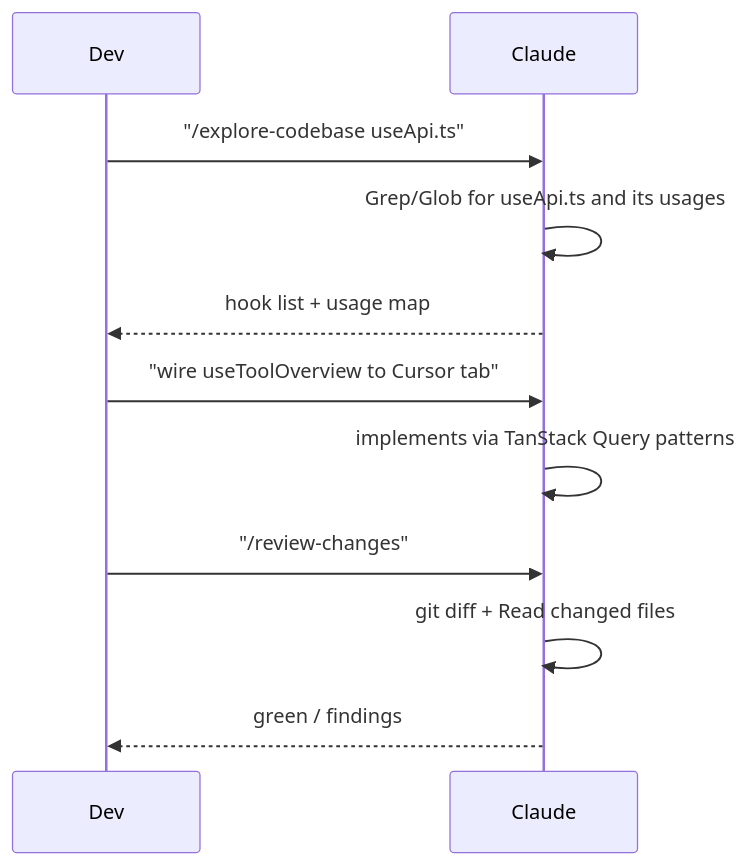
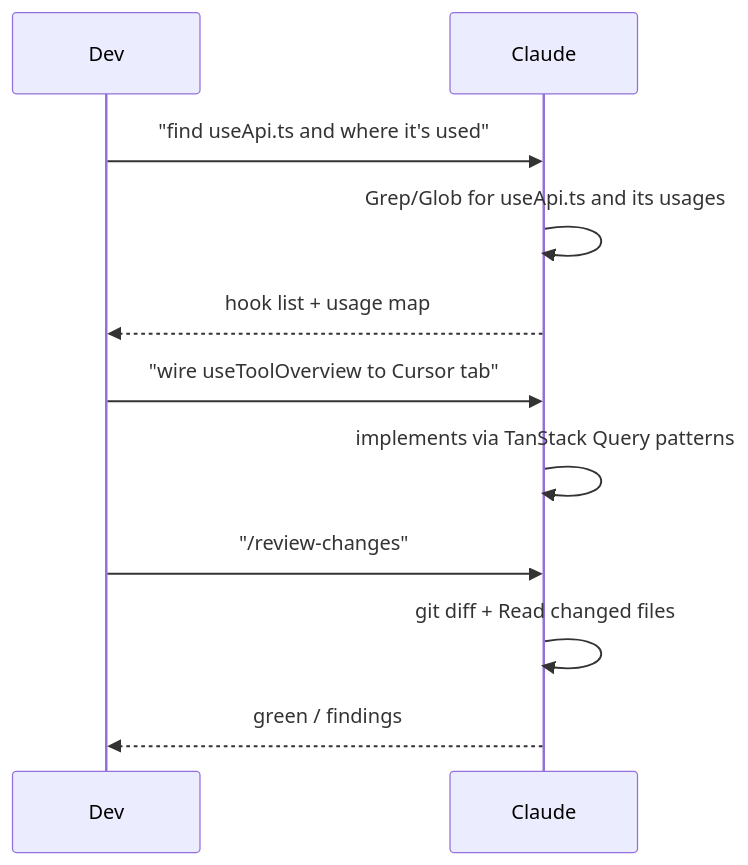
One commit to AixleHQ/insights changed the sixth of 7 diagrams in AGENTS.md. Above: the diagram before and after it, drawn with Mermaid. The commit also changed other lines of this file and 25 other files, not shown here.

````diff
--- a/AGENTS.md
+++ b/AGENTS.md
@@ -239,14 +217,14 @@
 ```mermaid
 sequenceDiagram
     participant Dev
     participant Claude
 
-    Dev->>Claude: "/explore-codebase useApi.ts"
+    Dev->>Claude: "find useApi.ts and where it's used"
     Claude->>Claude: Grep/Glob for useApi.ts and its usages
     Claude-->>Dev: hook list + usage map
     Dev->>Claude: "wire useToolOverview to Cursor tab"
     Claude->>Claude: implements via TanStack Query patterns
     Dev->>Claude: "/review-changes"
     Claude->>Claude: git diff + Read changed files
     Claude-->>Dev: green / findings
 ```
````
